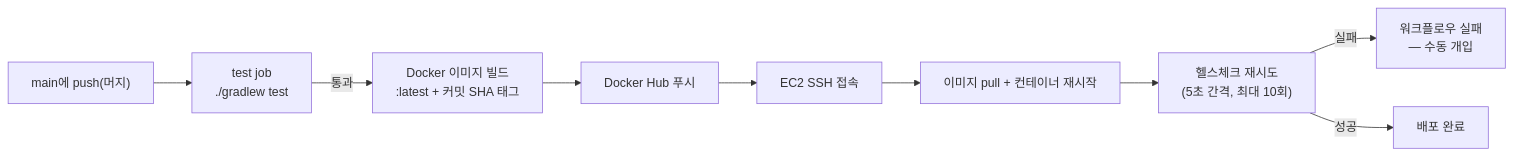
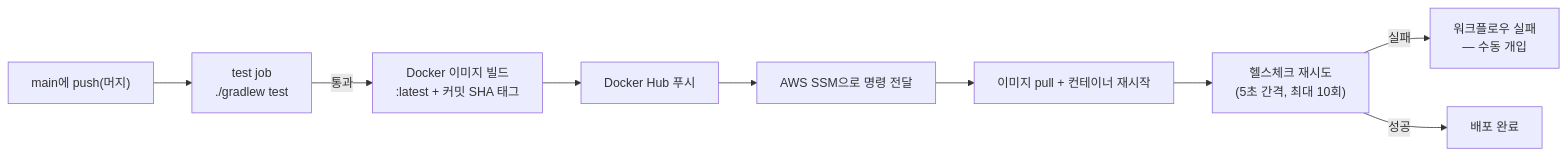
Before and after one commit to parksamryeong/MotivHub_BE: the second of 2 diagrams in README.md, drawn with Mermaid. The commit also changed other lines of this file and 2 other files, not shown here.

Commit message:
ci: EC2 배포를 SSH에서 AWS SSM으로 전환
- GitHub Actions가 OIDC로 단기 인증받아 AWS SSM을 통해 배포 명령을 전달하도록 변경
- 22번 포트 상시 개방과 장기 SSH 키 존재라는 모델을 없애고, 배포 로직 자체(pull/up/헬스체크)는 유지

````diff
--- a/README.md
+++ b/README.md
@@ -54,11 +54,11 @@
 ```mermaid
 flowchart LR
     Push["main에 push(머지)"] --> Test["test job<br/>./gradlew test"]
     Test -->|통과| Build["Docker 이미지 빌드<br/>:latest + 커밋 SHA 태그"]
     Build --> Hub["Docker Hub 푸시"]
-    Hub --> SSH["EC2 SSH 접속"]
-    SSH --> Restart["이미지 pull + 컨테이너 재시작"]
+    Hub --> SSM["AWS SSM으로 명령 전달"]
+    SSM --> Restart["이미지 pull + 컨테이너 재시작"]
     Restart --> Health["헬스체크 재시도<br/>(5초 간격, 최대 10회)"]
     Health -->|실패| Fail["워크플로우 실패<br/>— 수동 개입"]
     Health -->|성공| Done["배포 완료"]
 ```
````
